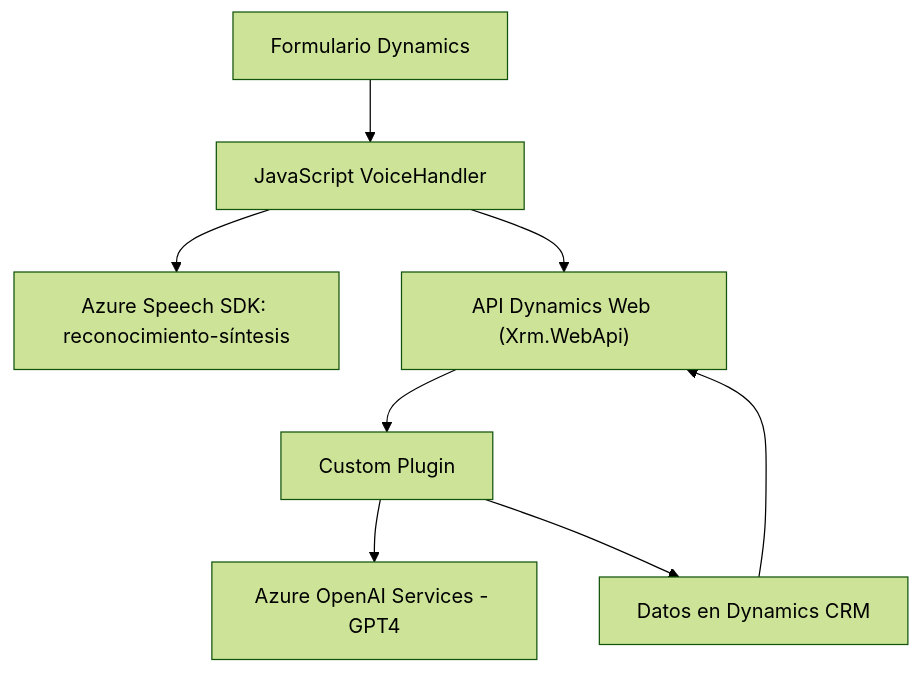
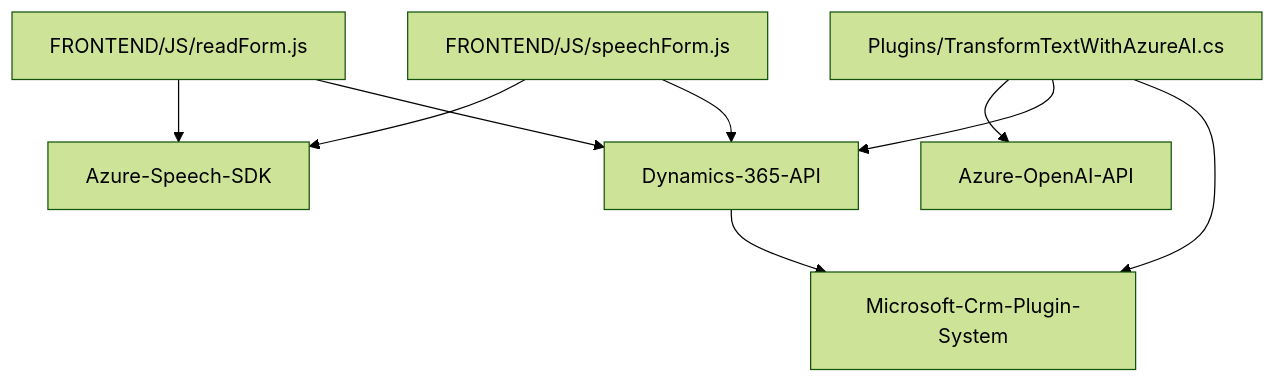
The diagram in README.md (blopezdm/NETCORE_BILBAO2025), drawn with Mermaid (forest theme) before and after one commit. The commit also changed other lines of this file, not shown here.

````diff
--- a/README.md
+++ b/README.md
@@ -60,10 +52,19 @@
 ```mermaid
 graph TD
-    A["Formulario Dynamics"] --> B["JavaScript VoiceHandler"]
-    B --> C["Azure Speech SDK: reconocimiento-síntesis"]
-    B --> D["API Dynamics Web (Xrm.WebApi)"]
-    D --> E["Custom Plugin"]
-    E --> F["Azure OpenAI Services - GPT4"]
-    E --> G["Datos en Dynamics CRM"]
-    G --> D
+    A["FRONTEND/JS/readForm.js"]
+    B["FRONTEND/JS/speechForm.js"]
+    C["Plugins/TransformTextWithAzureAI.cs"]
+    D["Azure-Speech-SDK"]
+    E["Azure-OpenAI-API"]
+    F["Dynamics-365-API"]
+    G["Microsoft-Crm-Plugin-System"]
+
+    A --> D
+    A --> F
+    B --> D
+    B --> F
+    C --> E
+    C --> F
+    C --> G
+    F --> G
 ```
````
